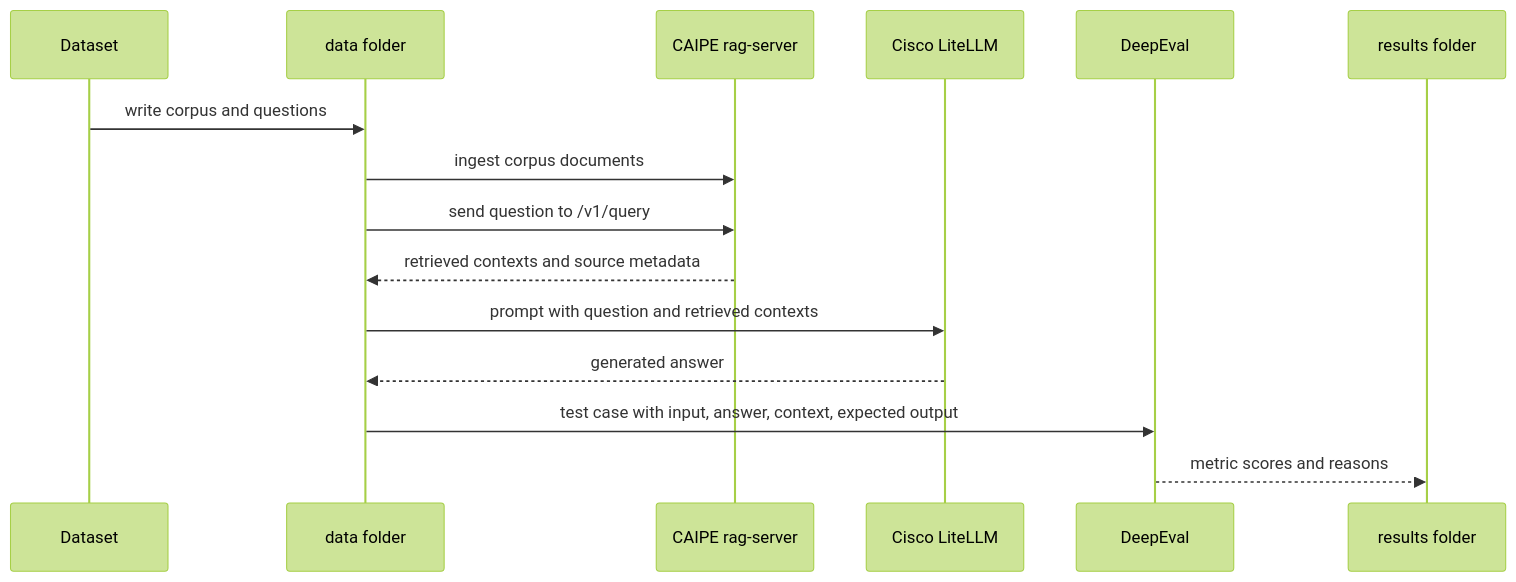
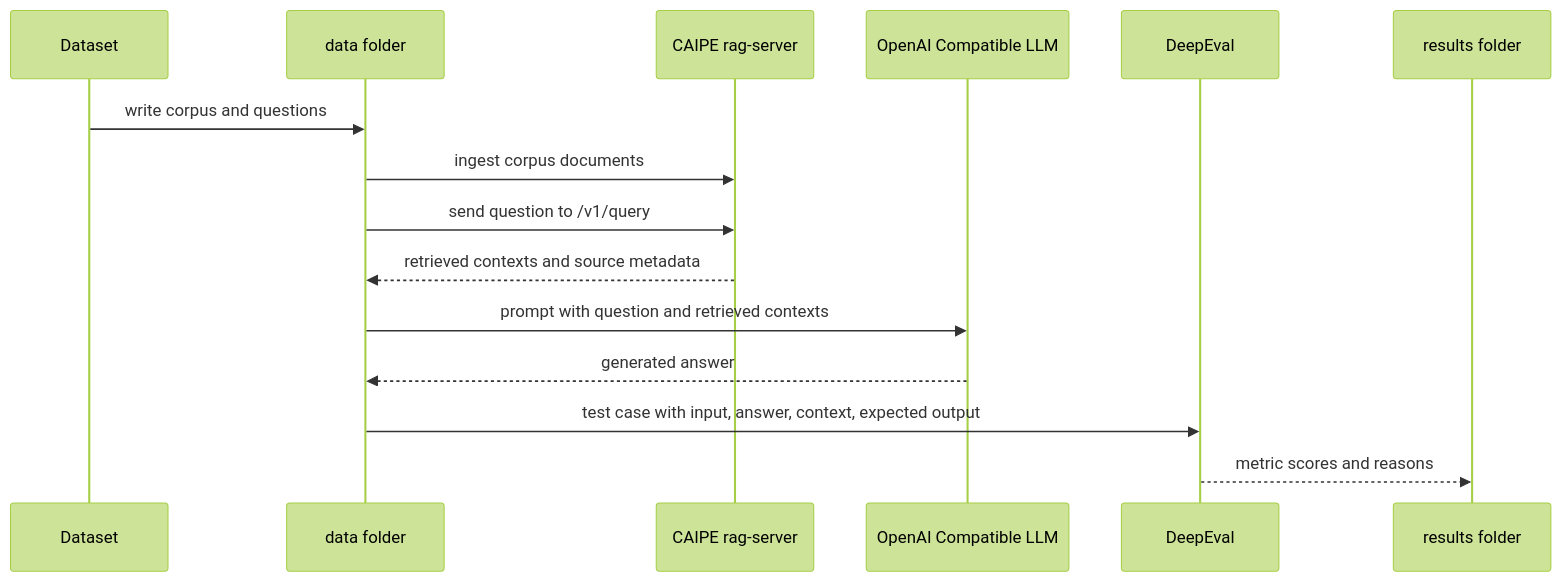
The diagram in docs/evaluation_pipeline.md (ucl-2026-comp0111-project2/CaipeDeepevalEvaluation), drawn with Mermaid (forest theme) before and after one commit. The commit also changed other lines of this file and 9 other files, not shown here.

```diff
--- a/docs/evaluation_pipeline.md
+++ b/docs/evaluation_pipeline.md
@@ -7,18 +7,18 @@
 ~~~mermaid
 sequenceDiagram
     participant Dataset
     participant LocalData as data folder
     participant CAIPE as CAIPE rag-server
-    participant LLM as Cisco LiteLLM
+    participant LLM as OpenAI Compatible LLM
     participant Eval as DeepEval
     participant Results as results folder
 
     Dataset->>LocalData: write corpus and questions
     LocalData->>CAIPE: ingest corpus documents
     LocalData->>CAIPE: send question to /v1/query
     CAIPE-->>LocalData: retrieved contexts and source metadata
     LocalData->>LLM: prompt with question and retrieved contexts
     LLM-->>LocalData: generated answer
     LocalData->>Eval: test case with input, answer, context, expected output
     Eval-->>Results: metric scores and reasons
 ~~~
```
